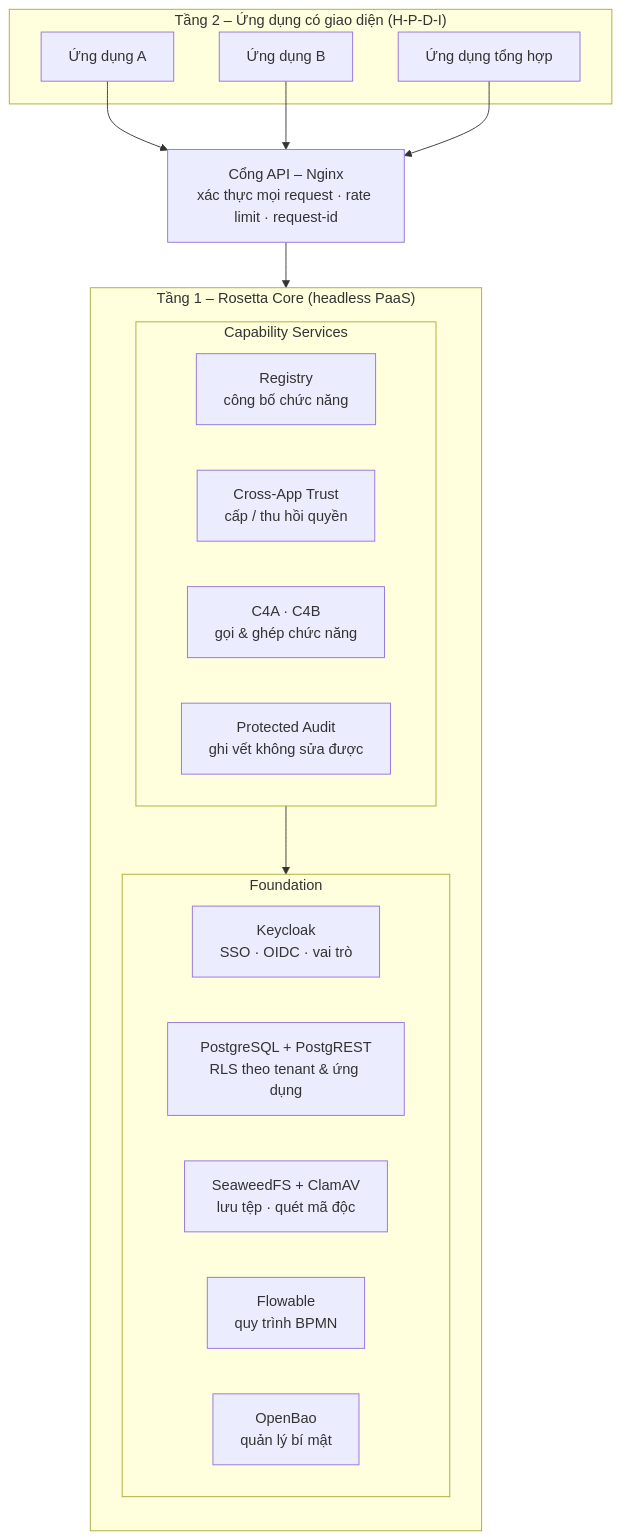
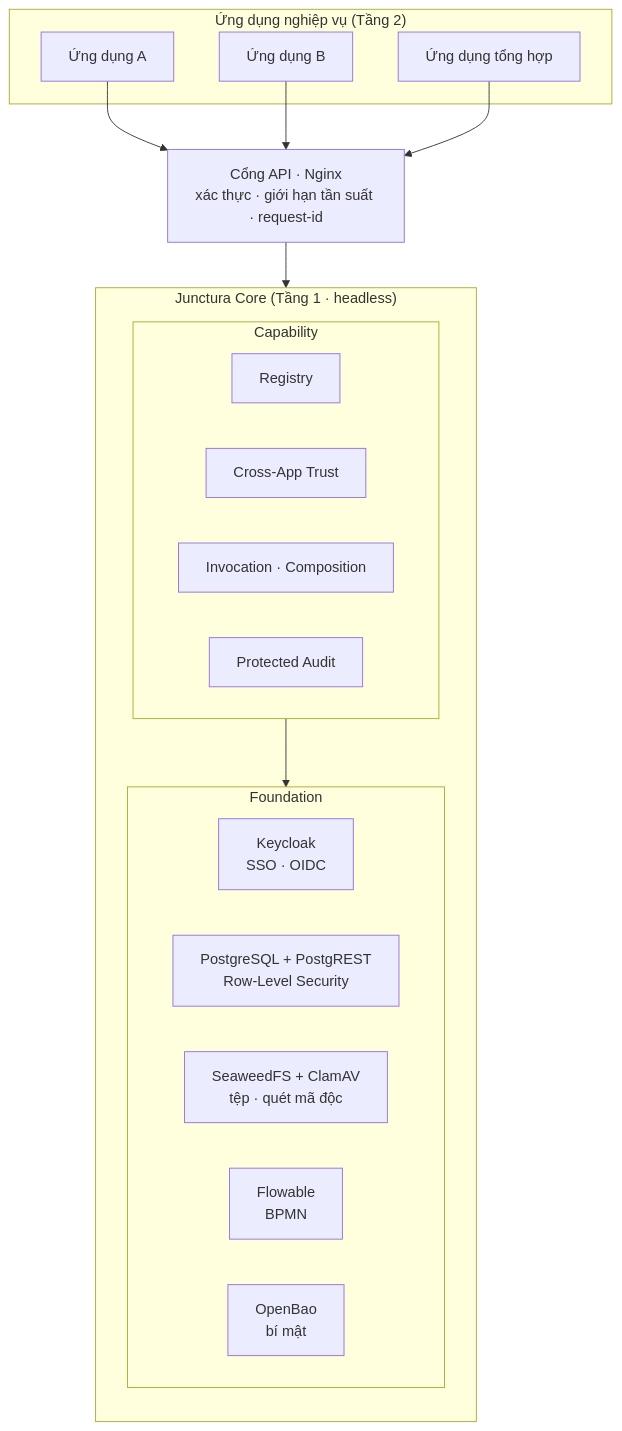
Before and after one commit to NHMNDaizoken/Rosetta: the first of 2 diagrams in README.md, drawn with Mermaid. The commit also changed other lines of this file and 214 other files, not shown here.

````diff
--- a/README.md
+++ b/README.md
@@ -35,30 +55,29 @@
 ```mermaid
 flowchart TB
-  subgraph L2["Tầng 2 – Ứng dụng có giao diện (H-P-D-I)"]
+  subgraph APPS["Ứng dụng nghiệp vụ (Tầng 2)"]
     A1["Ứng dụng A"]
     A2["Ứng dụng B"]
     A3["Ứng dụng tổng hợp"]
   end
 
-  GW["Cổng API – Nginx<br/>xác thực mọi request · rate limit · request-id"]
+  GW["Cổng API · Nginx<br/>xác thực · giới hạn tần suất · request-id"]
 
-  subgraph L1["Tầng 1 – Rosetta Core (headless PaaS)"]
+  subgraph CORE["Junctura Core (Tầng 1 · headless)"]
     direction TB
-    subgraph CAP["Capability Services"]
-      REG["Registry<br/>công bố chức năng"]
-      TRUST["Cross-App Trust<br/>cấp / thu hồi quyền"]
-      EXEC["C4A · C4B<br/>gọi & ghép chức năng"]
-      AUD["Protected Audit<br/>ghi vết không sửa được"]
+    subgraph CAP["Capability"]
+      REG["Registry"]
+      TRUST["Cross-App Trust"]
+      EXEC["Invocation · Composition"]
+      AUD["Protected Audit"]
     end
     subgraph FND["Foundation"]
-      ID["Keycloak<br/>SSO · OIDC · vai trò"]
-      DB["PostgreSQL + PostgREST<br/>RLS theo tenant & ứng dụng"]
-      OBJ["SeaweedFS + ClamAV<br/>lưu tệp · quét mã độc"]
-      WF["Flowable<br/>quy trình BPMN"]
-      SEC["OpenBao<br/>quản lý bí mật"]
+      ID["Keycloak<br/>SSO · OIDC"]
+      DB["PostgreSQL + PostgREST<br/>Row-Level Security"]
+      OBJ["SeaweedFS + ClamAV<br/>tệp · quét mã độc"]
+      WF["Flowable<br/>BPMN"]
+      SEC["OpenBao<br/>bí mật"]
     end
   end
 
-  A1 & A2 & A3 --> GW --> CAP
-  CAP --> FND
+  A1 & A2 & A3 --> GW --> CAP --> FND
 ```
````
